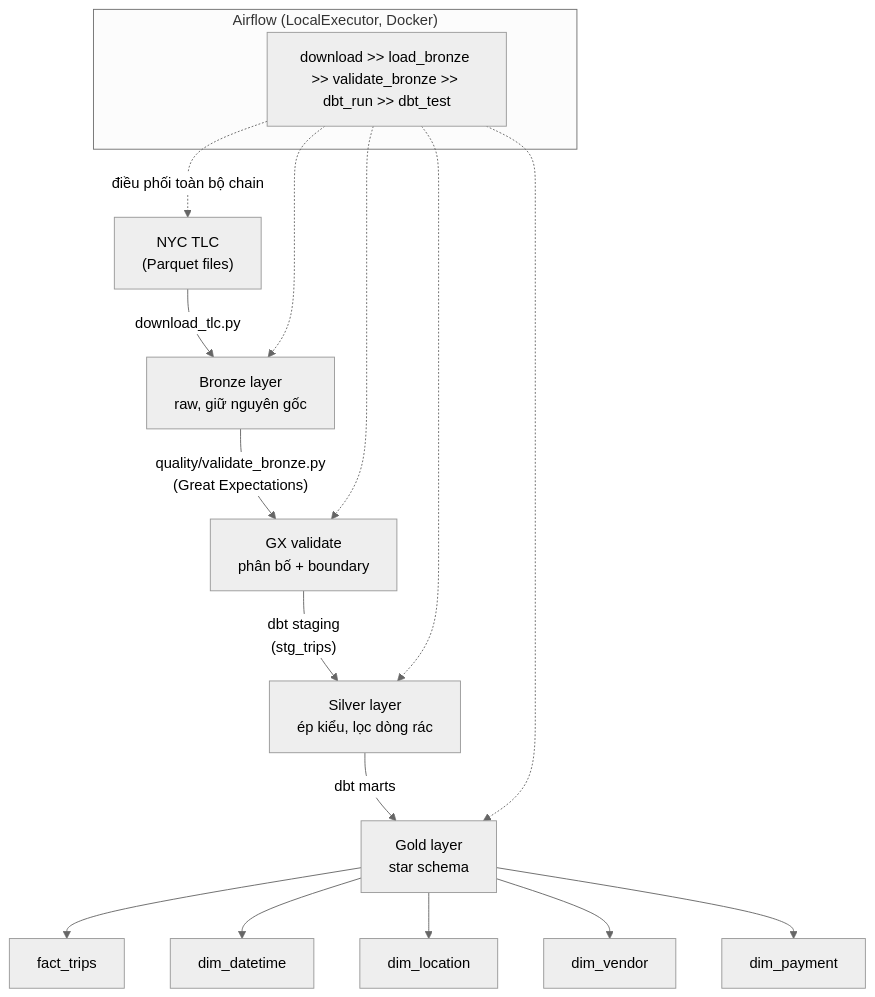
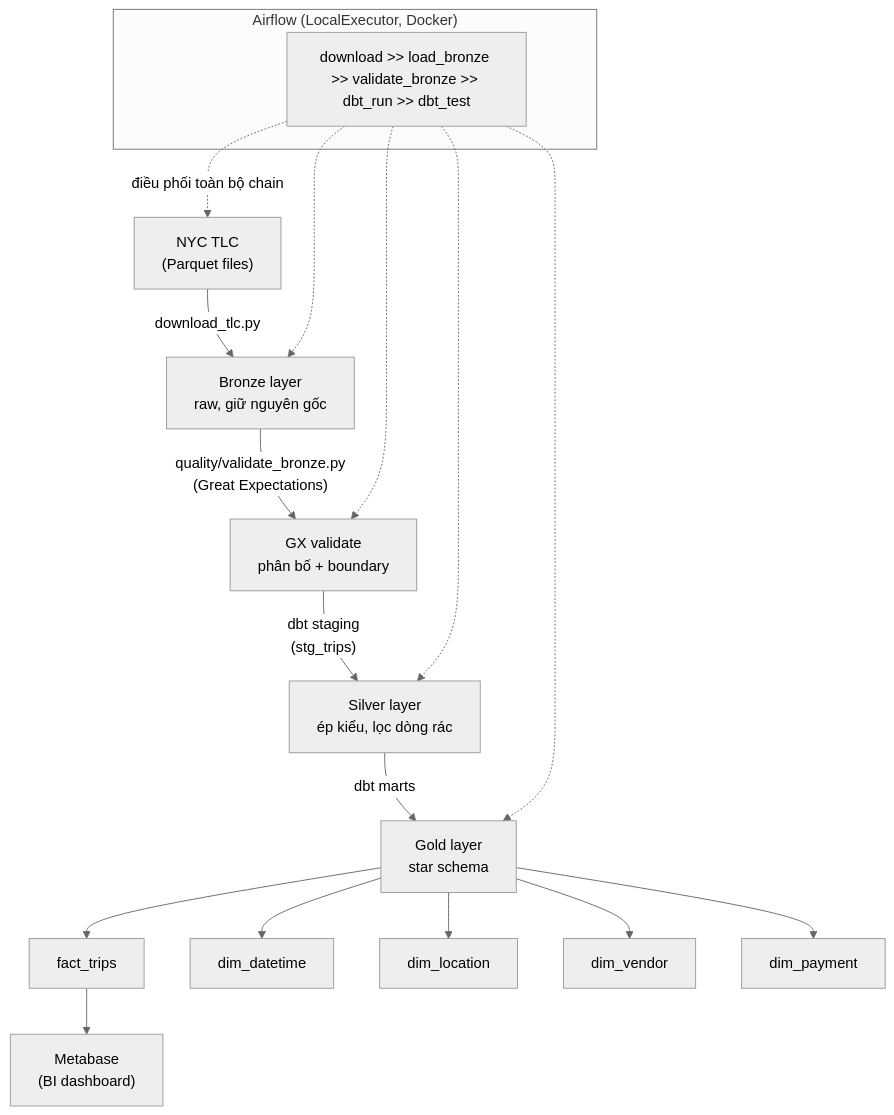
Before and after one commit to Cat1m/nyc-taxi-etl: the diagram in README.md, drawn with Mermaid (neutral theme). The commit also changed other lines of this file and 3 other files, not shown here.

First line of the commit message:
add Metabase dashboard via docker-compose, reading Gold layer read-only

````diff
--- a/README.md
+++ b/README.md
@@ -20,21 +20,22 @@
 ```mermaid
 flowchart TD
     A["NYC TLC<br/>(Parquet files)"] -->|"download_tlc.py"| B["Bronze layer<br/>raw, giữ nguyên gốc"]
     B -->|"quality/validate_bronze.py<br/>(Great Expectations)"| GX["GX validate<br/>phân bố + boundary"]
     GX -->|"dbt staging<br/>(stg_trips)"| C["Silver layer<br/>ép kiểu, lọc dòng rác"]
     C -->|"dbt marts"| D["Gold layer<br/>star schema"]
     D --> E1["fact_trips"]
     D --> E2["dim_datetime"]
     D --> E3["dim_location"]
     D --> E4["dim_vendor"]
     D --> E5["dim_payment"]
+    E1 --> M["Metabase<br/>(BI dashboard)"]
 
     subgraph Orchestration["Airflow (LocalExecutor, Docker)"]
         F["download >> load_bronze >> validate_bronze >> dbt_run >> dbt_test"]
     end
     F -.điều phối toàn bộ chain.-> A
     F -.-> B
     F -.-> GX
     F -.-> C
     F -.-> D
 ```
````
